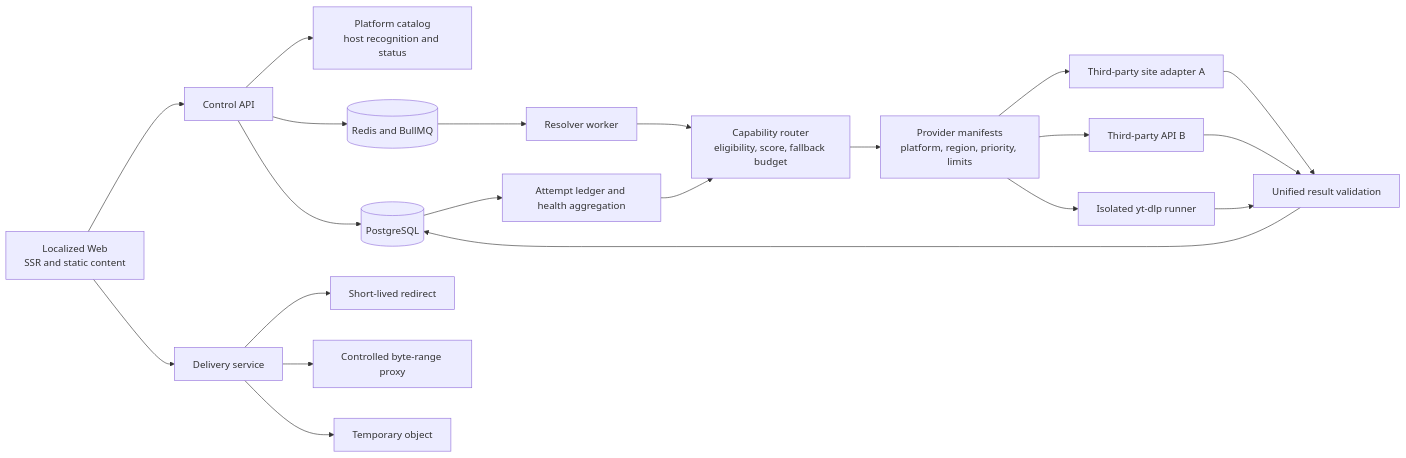
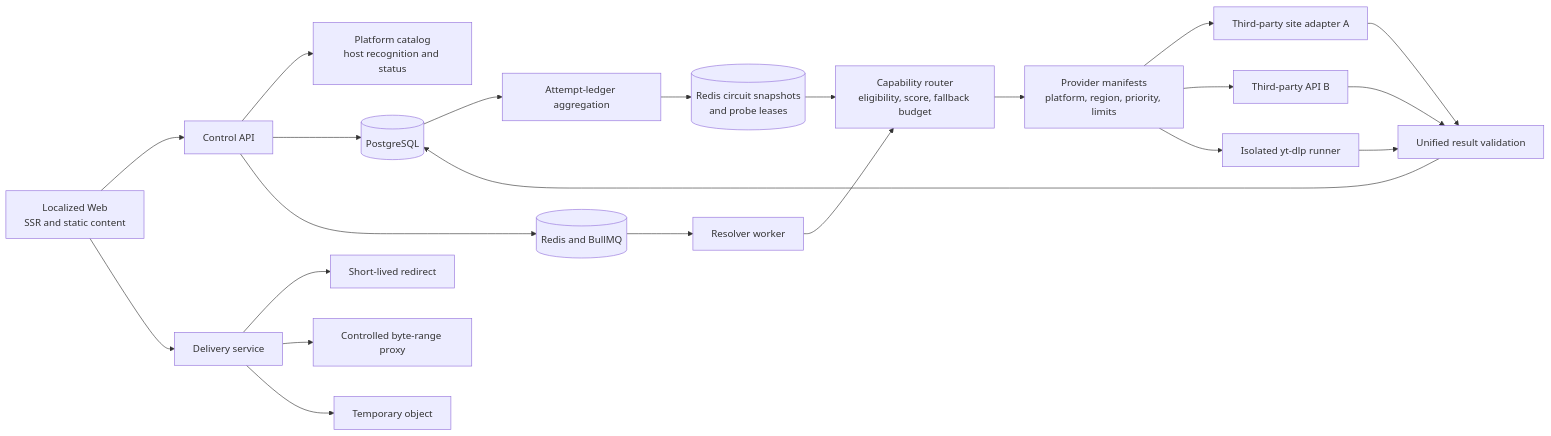
One commit to wepuu/tikdd changed the diagram in docs/architecture/README.md. Above: the diagram before and after it, drawn with Mermaid. The commit also changed other lines of this file and 39 other files, not shown here.

````diff
--- a/docs/architecture/README.md
+++ b/docs/architecture/README.md
@@ -10,26 +10,27 @@
 ```mermaid
 flowchart LR
     Web["Localized Web<br/>SSR and static content"] --> API["Control API"]
     API --> Catalog["Platform catalog<br/>host recognition and status"]
     API --> DB[(PostgreSQL)]
     API --> Queue[(Redis and BullMQ)]
 
     Queue --> Worker["Resolver worker"]
     Worker --> Router["Capability router<br/>eligibility, score, fallback budget"]
     Router --> Registry["Provider manifests<br/>platform, region, priority, limits"]
     Registry --> AdapterA["Third-party site adapter A"]
     Registry --> AdapterB["Third-party API B"]
     Registry --> YtDlp["Isolated yt-dlp runner"]
     AdapterA --> Normalize["Unified result validation"]
     AdapterB --> Normalize
     YtDlp --> Normalize
     Normalize --> DB
 
-    DB --> Health["Attempt ledger and health aggregation"]
-    Health --> Router
+    DB --> Health["Attempt-ledger aggregation"]
+    Health --> Circuit[("Redis circuit snapshots<br/>and probe leases")]
+    Circuit --> Router
 
     Web --> Delivery["Delivery service"]
     Delivery --> Redirect["Short-lived redirect"]
     Delivery --> Proxy["Controlled byte-range proxy"]
     Delivery --> Object["Temporary object"]
 ```
````
